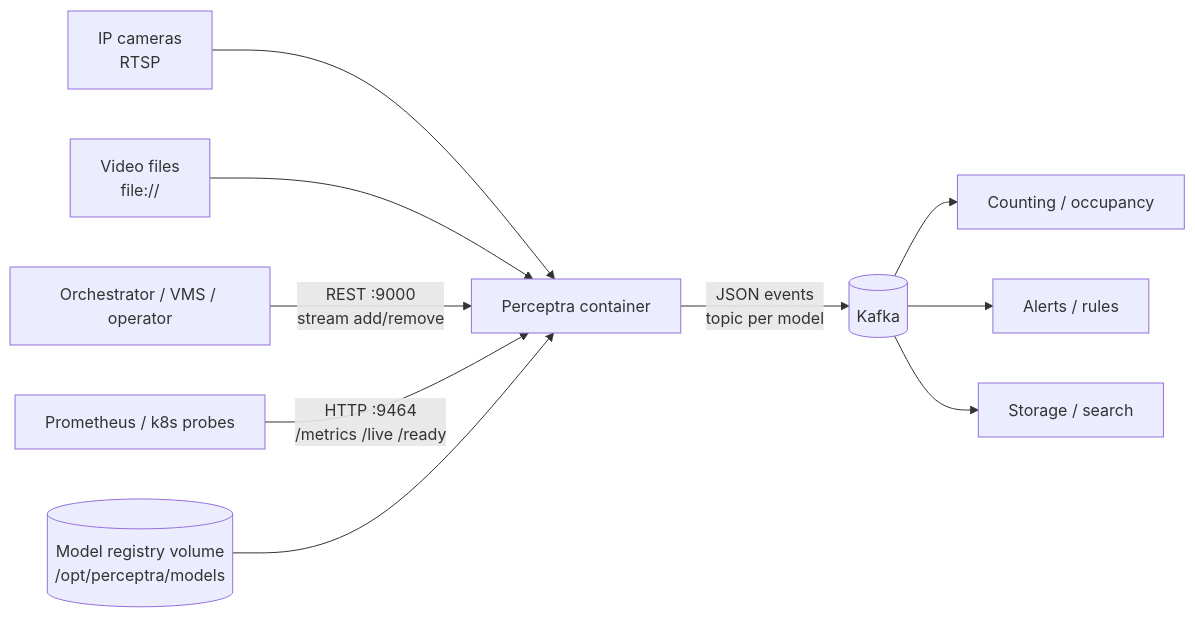
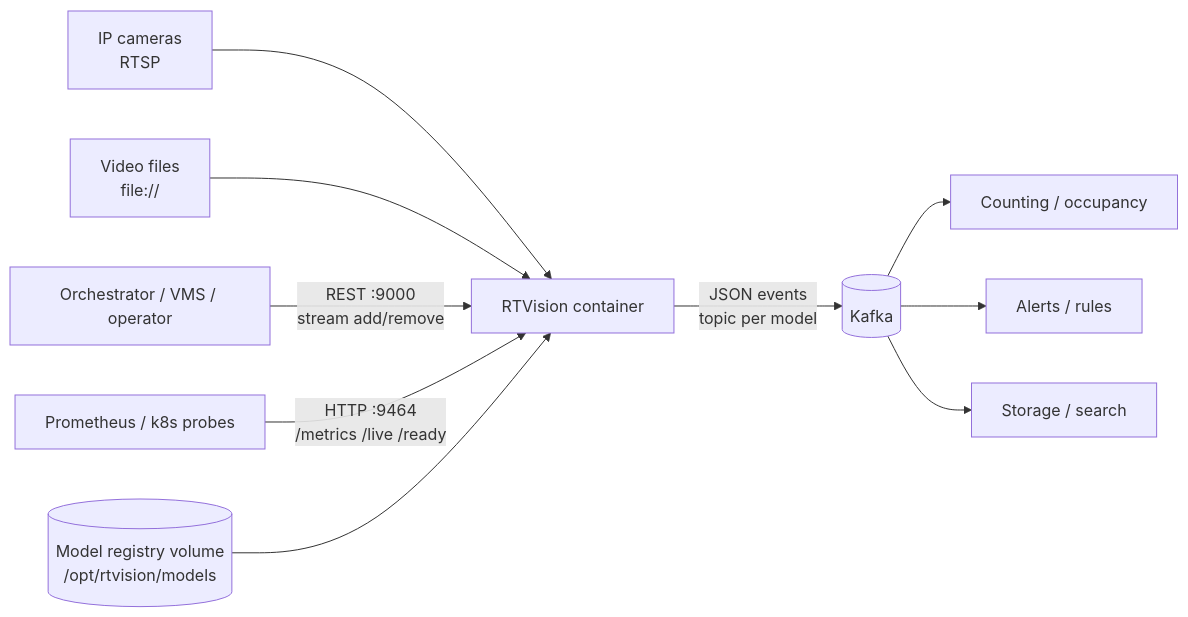
One commit to abhinand4as/rtvision changed the first of 4 diagrams in ARCHITECTURE.md. Above: the diagram before and after it, drawn with Mermaid. The commit also changed other lines of this file and 128 other files, not shown here.

First line of the commit message:
refactor!: rename the project from Perceptra to RTVision

````diff
--- a/ARCHITECTURE.md
+++ b/ARCHITECTURE.md
@@ -36,12 +36,12 @@
 ```mermaid
 flowchart LR
     CAM[IP cameras<br/>RTSP] --> P
     FILE[Video files<br/>file://] --> P
     ORCH[Orchestrator / VMS / operator] -- REST :9000<br/>stream add/remove --> P
     MON[Prometheus / k8s probes] -- HTTP :9464<br/>/metrics /live /ready --> P
-    REG[(Model registry volume<br/>/opt/perceptra/models)] --> P
-    P[Perceptra container] -- JSON events<br/>topic per model --> K[(Kafka)]
+    REG[(Model registry volume<br/>/opt/rtvision/models)] --> P
+    P[RTVision container] -- JSON events<br/>topic per model --> K[(Kafka)]
     K --> C1[Counting / occupancy]
     K --> C2[Alerts / rules]
     K --> C3[Storage / search]
 ```
````
